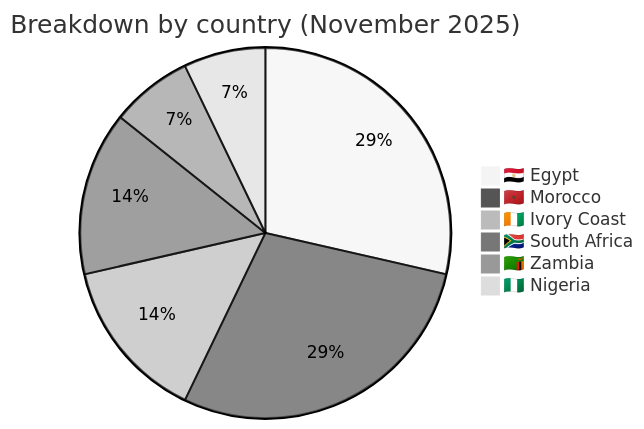
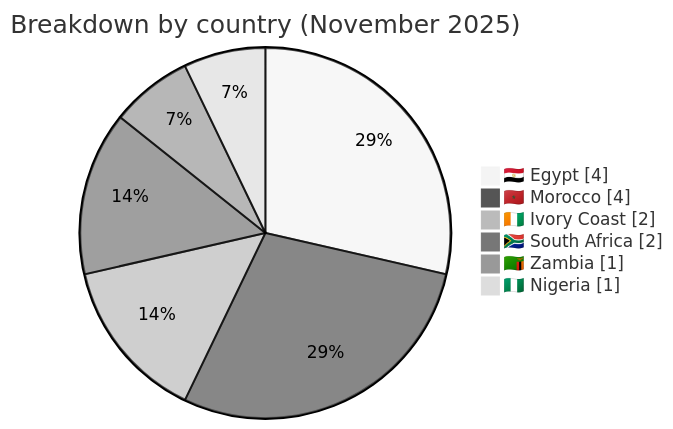
The third of 6 diagrams in CyberAttackAfrica/2025/11-november/README.md (Hatchepsoute/AFRINTEL), drawn with Mermaid (neutral theme) before and after one commit. The commit also changed other lines of this file and 182 other files, not shown here.

````diff
--- a/CyberAttackAfrica/2025/11-november/README.md
+++ b/CyberAttackAfrica/2025/11-november/README.md
@@ -112,9 +115,10 @@
 ```mermaid
-pie title Breakdown by country (November 2025)
+pie showData
+    title Breakdown by country (November 2025)
     "🇪🇬 Egypt" : 4
     "🇲🇦 Morocco" : 4
     "🇨🇮 Ivory Coast" : 2
     "🇿🇦 South Africa" : 2
     "🇿🇲 Zambia" : 1
     "🇳🇬 Nigeria" : 1
 ```
````
